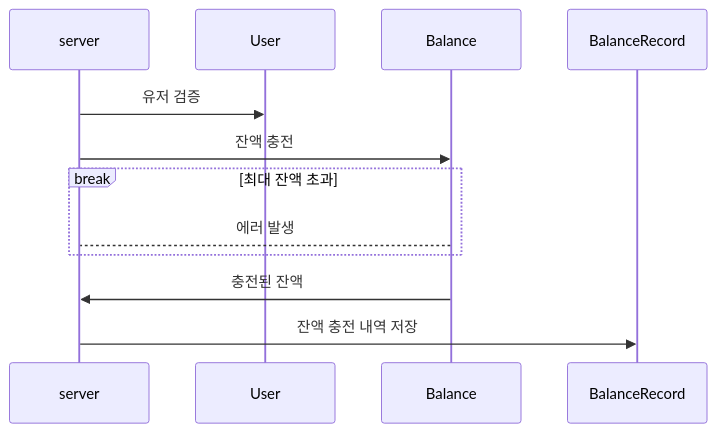
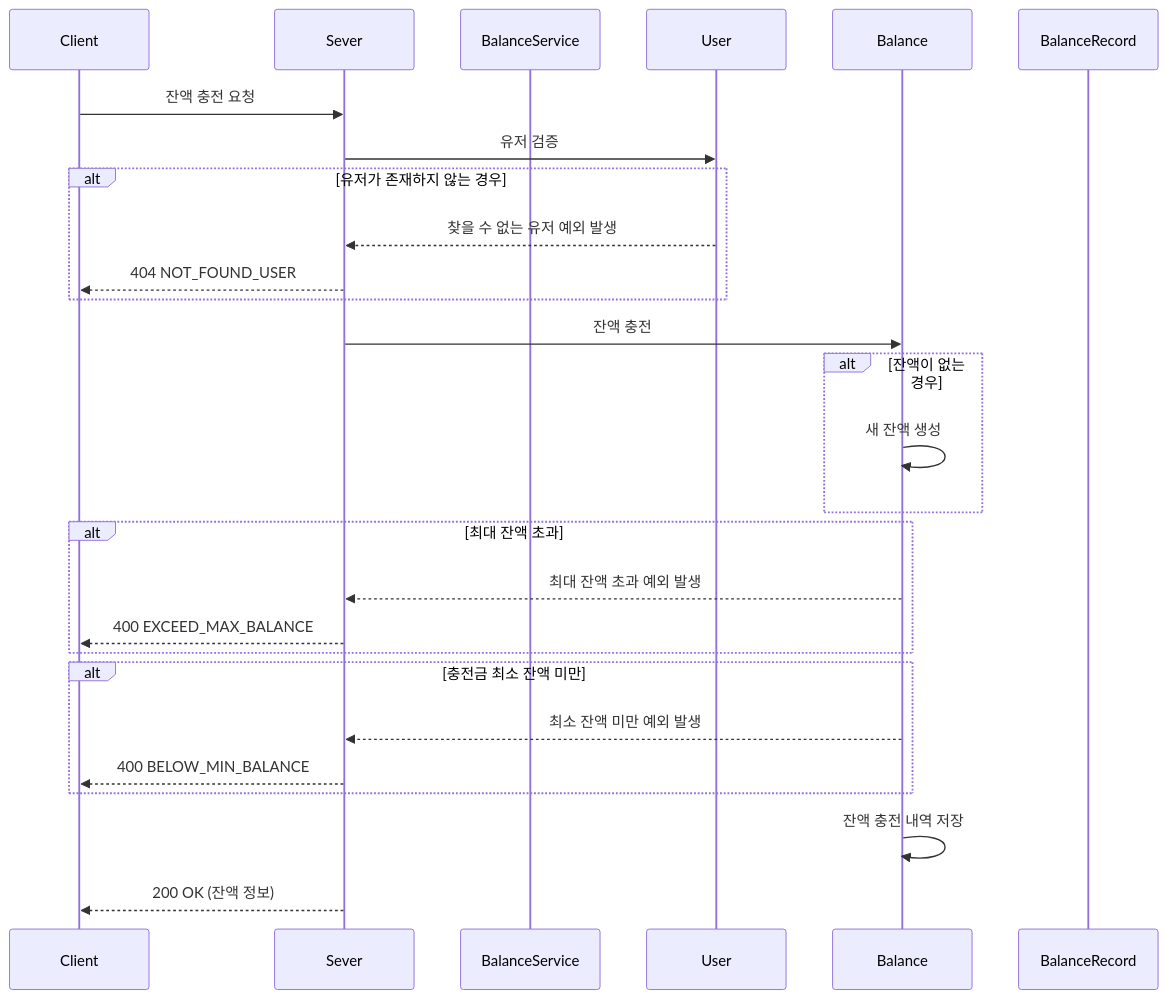
One commit to alert-kim/e-commerce changed the first of 3 diagrams in docs/specs/charge.md. Above: the diagram before and after it, drawn with Mermaid. The commit also changed other lines of this file and 12 other files, not shown here.

````diff
--- a/docs/specs/charge.md
+++ b/docs/specs/charge.md
@@ -9,14 +11,36 @@
 ```mermaid
 sequenceDiagram
-    participant server
+    participant Client
+    participant Sever
+    participant BalanceService
     participant User
     participant Balance
     participant BalanceRecord
-    server ->> User: 유저 검증
-    server ->> Balance: 잔액 충전
-    break 최대 잔액 초과
-        Balance --> server: 에러 발생
+    
+    Client ->> Sever: 잔액 충전 요청
+    Sever ->> User: 유저 검증
+    
+    alt 유저가 존재하지 않는 경우
+        User -->> Sever: 찾을 수 없는 유저 예외 발생
+        Sever -->> Client: 404 NOT_FOUND_USER
     end
-    Balance ->> server: 충전된 잔액
-    server ->> BalanceRecord: 잔액 충전 내역 저장
+
+    Sever ->> Balance: 잔액 충전
+    
+    alt 잔액이 없는 경우
+        Balance ->> Balance: 새 잔액 생성
+    end
+    
+    alt 최대 잔액 초과
+        Balance -->> Sever: 최대 잔액 초과 예외 발생
+        Sever -->> Client: 400 EXCEED_MAX_BALANCE
+    end
+    
+    alt 충전금 최소 잔액 미만
+        Balance -->> Sever: 최소 잔액 미만 예외 발생
+        Sever -->> Client: 400 BELOW_MIN_BALANCE
+    end
+
+    Balance ->> Balance: 잔액 충전 내역 저장
+    Sever -->> Client: 200 OK (잔액 정보)
 ```
````
